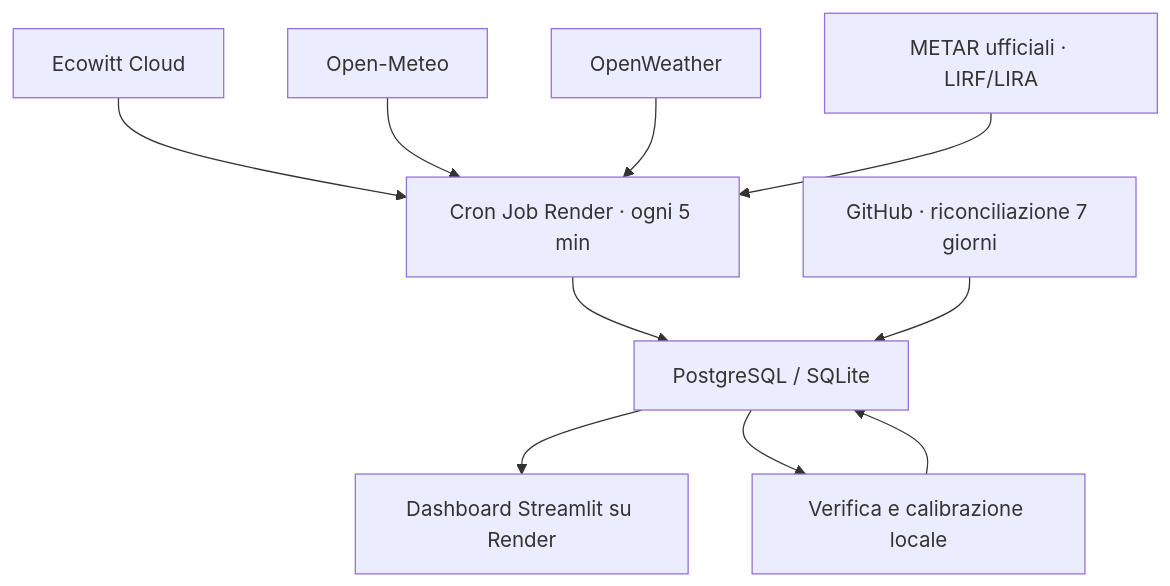
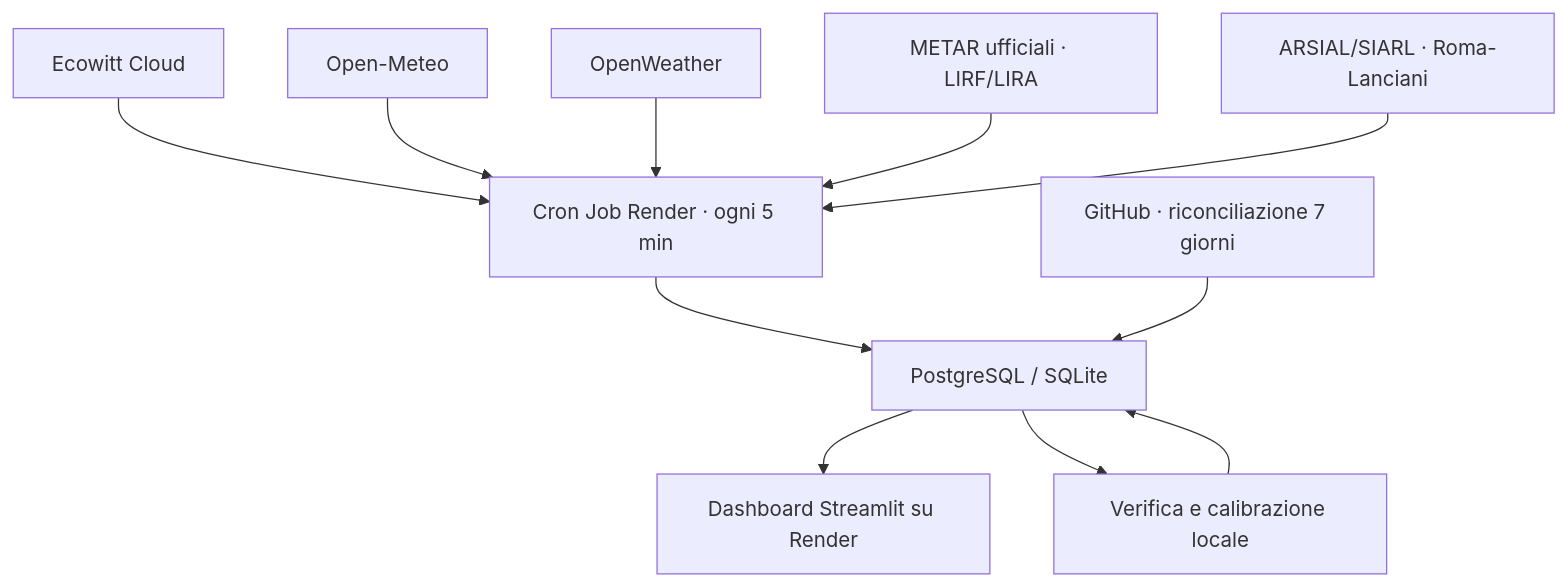
The diagram in README.md (gio9772rm/weather-app), drawn with Mermaid before and after one commit. The commit also changed other lines of this file and 13 other files, not shown here.

````diff
--- a/README.md
+++ b/README.md
@@ -23,12 +23,13 @@
 ```mermaid
 flowchart TD
   E["Ecowitt Cloud"] --> P["Cron Job Render · ogni 5 min"]
   OM["Open-Meteo"] --> P
   OW["OpenWeather"] --> P
   METAR["METAR ufficiali · LIRF/LIRA"] --> P
+  ARSIAL["ARSIAL/SIARL · Roma-Lanciani"] --> P
   P --> DB["PostgreSQL / SQLite"]
   GH["GitHub · riconciliazione 7 giorni"] --> DB
   DB --> UI["Dashboard Streamlit su Render"]
   DB --> Q["Verifica e calibrazione locale"]
   Q --> DB
 ```
````
